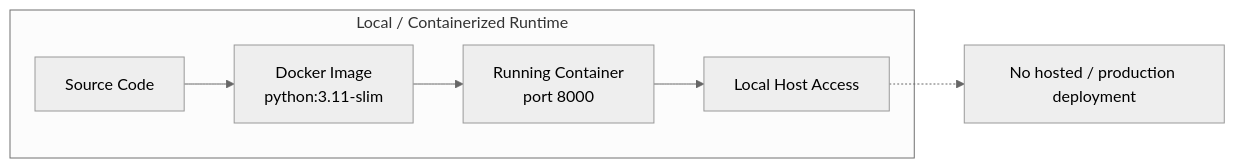
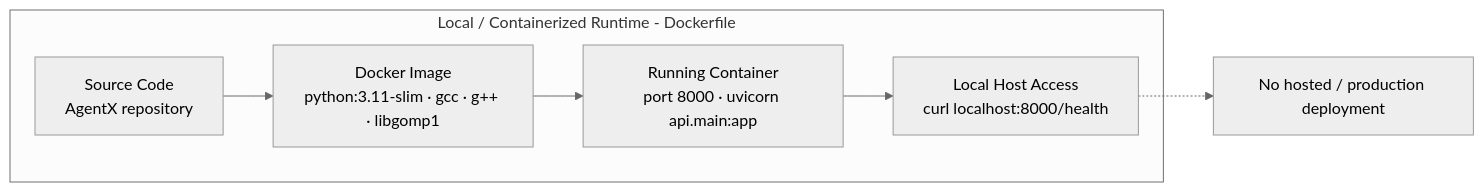
Before and after one commit to IjazKakkodDS/agentx-risk-validation-system: the diagram in docs/architecture/source/05_deployment_runtime_boundary.mmd, drawn with Mermaid (neutral theme). The commit also changed 9 other files, not shown here.

Commit message:
docs: enrich architecture narrative diagrams

```diff
--- a/docs/architecture/source/05_deployment_runtime_boundary.mmd
+++ b/docs/architecture/source/05_deployment_runtime_boundary.mmd
@@ -1,7 +1,7 @@
 flowchart LR
-    subgraph Runtime[Local / Containerized Runtime]
-        A[Source Code] --> B["Docker Image<br/>python:3.11-slim"]
-        B --> C["Running Container<br/>port 8000"]
-        C --> D[Local Host Access]
+    subgraph Runtime[Local / Containerized Runtime - Dockerfile]
+        A["Source Code<br/>AgentX repository"] --> B["Docker Image<br/>python:3.11-slim · gcc · g++ · libgomp1"]
+        B --> C["Running Container<br/>port 8000 · uvicorn api.main:app"]
+        C --> D["Local Host Access<br/>curl localhost:8000/health"]
     end
     D -.-> E[No hosted / production deployment]
```
